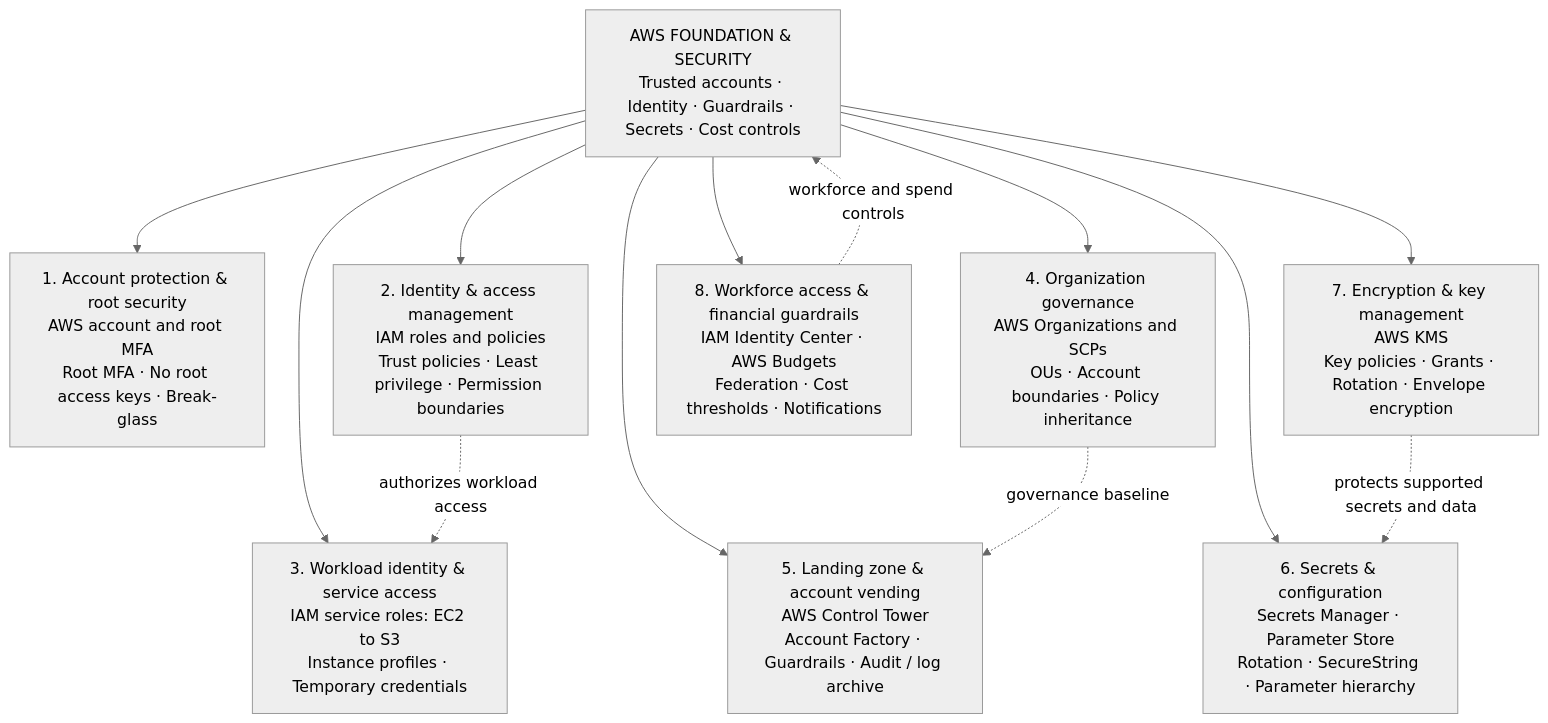
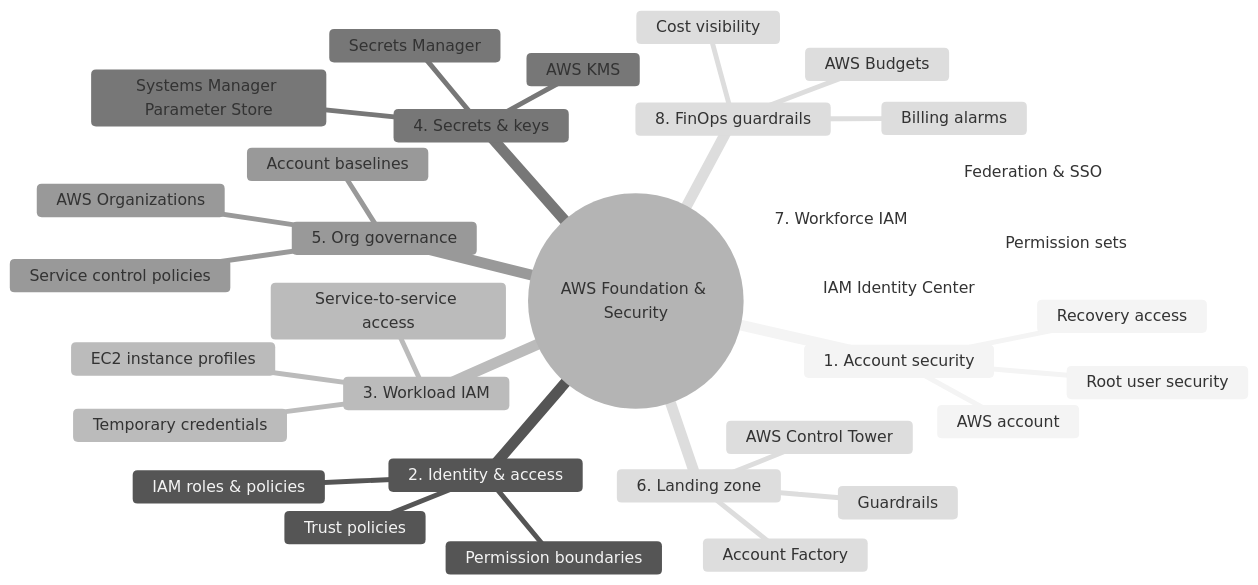
One commit to tripathies/aws-master-vault changed the diagram in buckets/01-foundation-security/architecture.mmd. Above: the diagram before and after it, drawn with Mermaid (neutral theme).

Commit message:
Align Mermaid source with eight-branch foundation security study map

```diff
--- a/buckets/01-foundation-security/architecture.mmd
+++ b/buckets/01-foundation-security/architecture.mmd
@@ -1,22 +1,34 @@
-flowchart TB
-  ROOT["AWS FOUNDATION & SECURITY<br/>Trusted accounts · Identity · Guardrails · Secrets · Cost controls"]
-  D1["1. Account protection & root security<br/>AWS account and root MFA<br/>Root MFA · No root access keys · Break-glass"]
-  D2["2. Identity & access management<br/>IAM roles and policies<br/>Trust policies · Least privilege · Permission boundaries"]
-  D3["3. Workload identity & service access<br/>IAM service roles: EC2 to S3<br/>Instance profiles · Temporary credentials"]
-  D4["4. Organization governance<br/>AWS Organizations and SCPs<br/>OUs · Account boundaries · Policy inheritance"]
-  D5["5. Landing zone & account vending<br/>AWS Control Tower<br/>Account Factory · Guardrails · Audit / log archive"]
-  D6["6. Secrets & configuration<br/>Secrets Manager · Parameter Store<br/>Rotation · SecureString · Parameter hierarchy"]
-  D7["7. Encryption & key management<br/>AWS KMS<br/>Key policies · Grants · Rotation · Envelope encryption"]
-  D8["8. Workforce access & financial guardrails<br/>IAM Identity Center · AWS Budgets<br/>Federation · Cost thresholds · Notifications"]
-  ROOT --> D1
-  ROOT --> D2
-  ROOT --> D3
-  ROOT --> D4
-  ROOT --> D5
-  ROOT --> D6
-  ROOT --> D7
-  ROOT --> D8
-  D4 -. governance baseline .-> D5
-  D2 -. authorizes workload access .-> D3
-  D7 -. protects supported secrets and data .-> D6
-  D8 -. workforce and spend controls .-> ROOT
+mindmap
+  root((AWS Foundation & Security))
+    1. Account security
+      AWS account
+      Root user security
+      Recovery access
+    2. Identity & access
+      IAM roles & policies
+      Trust policies
+      Permission boundaries
+    3. Workload IAM
+      EC2 instance profiles
+      Temporary credentials
+      Service-to-service access
+    4. Secrets & keys
+      Secrets Manager
+      Systems Manager Parameter Store
+      AWS KMS
+    5. Org governance
+      AWS Organizations
+      Service control policies
+      Account baselines
+    6. Landing zone
+      AWS Control Tower
+      Account Factory
+      Guardrails
+    7. Workforce IAM
+      IAM Identity Center
+      Federation & SSO
+      Permission sets
+    8. FinOps guardrails
+      AWS Budgets
+      Billing alarms
+      Cost visibility
```
